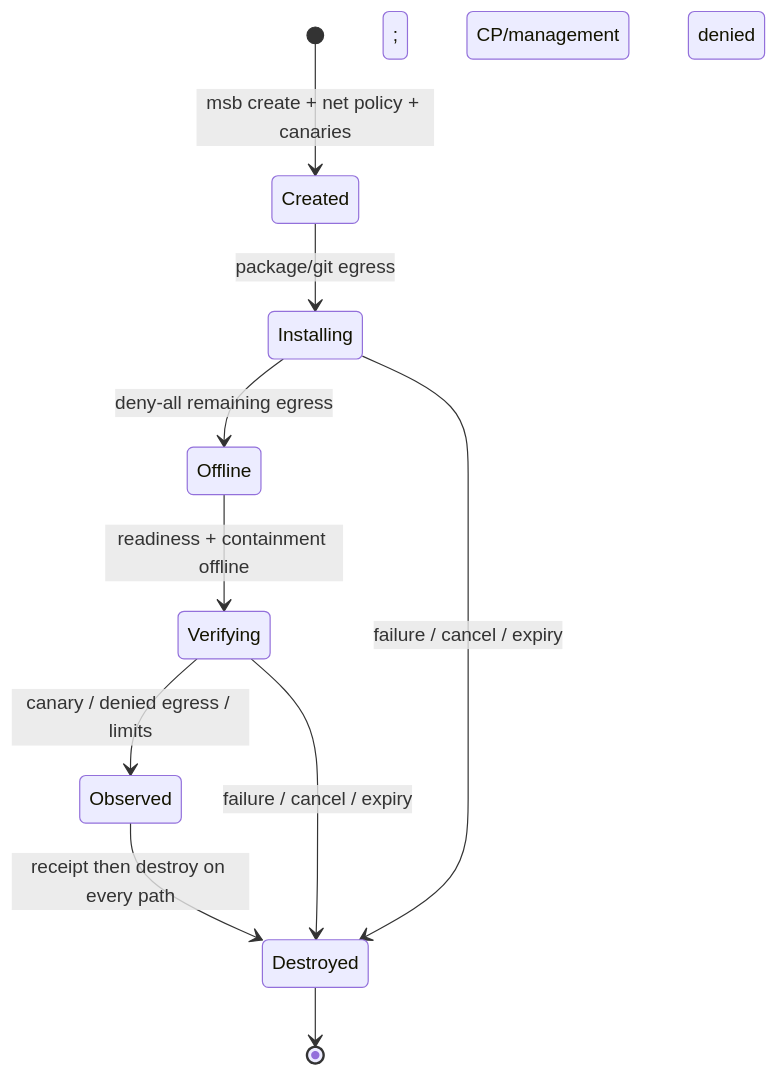
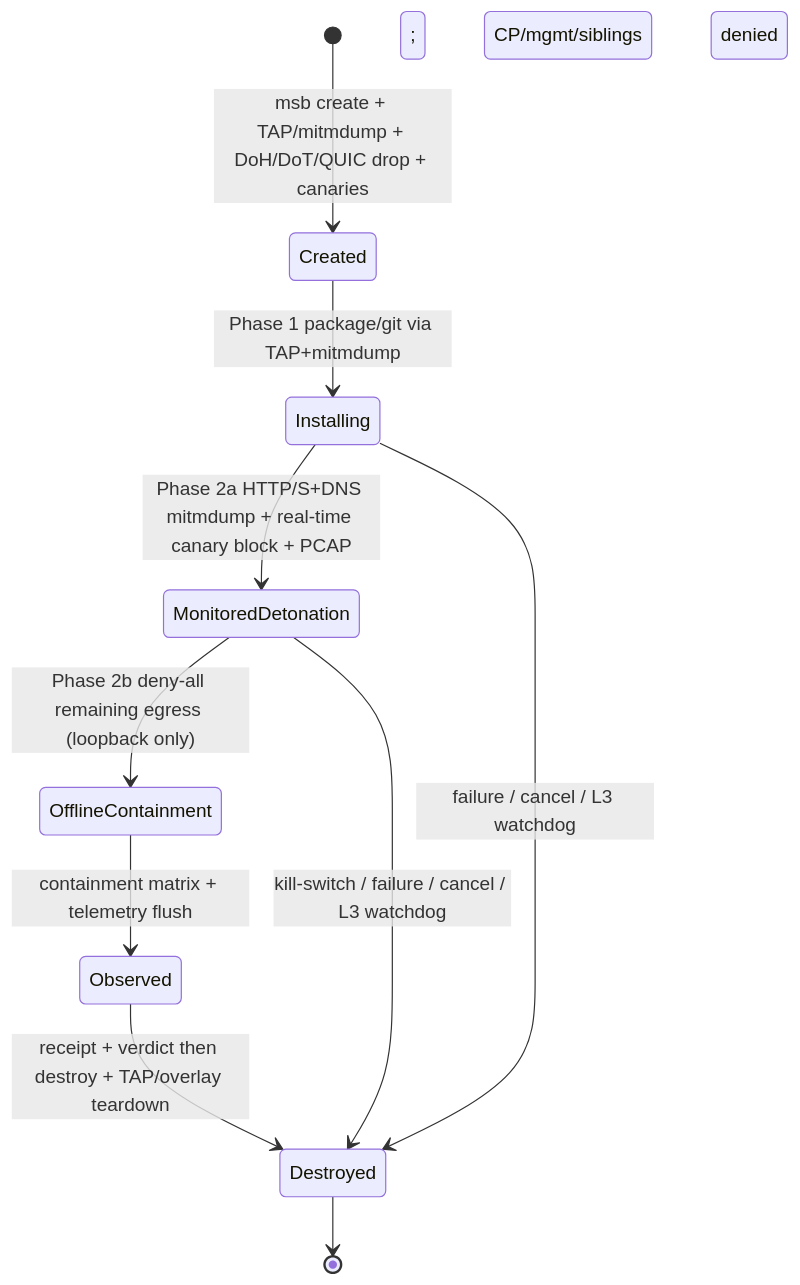
The third of 6 diagrams in ARCHITECTURE.md (ludvigodin/killhub), drawn with Mermaid before and after one commit. The commit also changed other lines of this file and 35 other files, not shown here.

````diff
--- a/ARCHITECTURE.md
+++ b/ARCHITECTURE.md
@@ -305,12 +414,12 @@
 ```mermaid
 stateDiagram-v2
-  [*] --> Created: msb create + net policy + canaries
-  Created --> Installing: package/git egress; CP/management denied
-  Installing --> Offline: deny-all remaining egress
-  Offline --> Verifying: readiness + containment offline
-  Verifying --> Observed: canary / denied egress / limits
-  Observed --> Destroyed: receipt then destroy on every path
-  Installing --> Destroyed: failure / cancel / expiry
-  Verifying --> Destroyed: failure / cancel / expiry
+  [*] --> Created: msb create + TAP/mitmdump + DoH/DoT/QUIC drop + canaries
+  Created --> Installing: Phase 1 package/git via TAP+mitmdump; CP/mgmt/siblings denied
+  Installing --> MonitoredDetonation: Phase 2a HTTP/S+DNS mitmdump + real-time canary block + PCAP
+  MonitoredDetonation --> OfflineContainment: Phase 2b deny-all remaining egress (loopback only)
+  OfflineContainment --> Observed: containment matrix + telemetry flush
+  Observed --> Destroyed: receipt + verdict then destroy + TAP/overlay teardown
+  Installing --> Destroyed: failure / cancel / L3 watchdog
+  MonitoredDetonation --> Destroyed: kill-switch / failure / cancel / L3 watchdog
   Destroyed --> [*]
 ```
````
